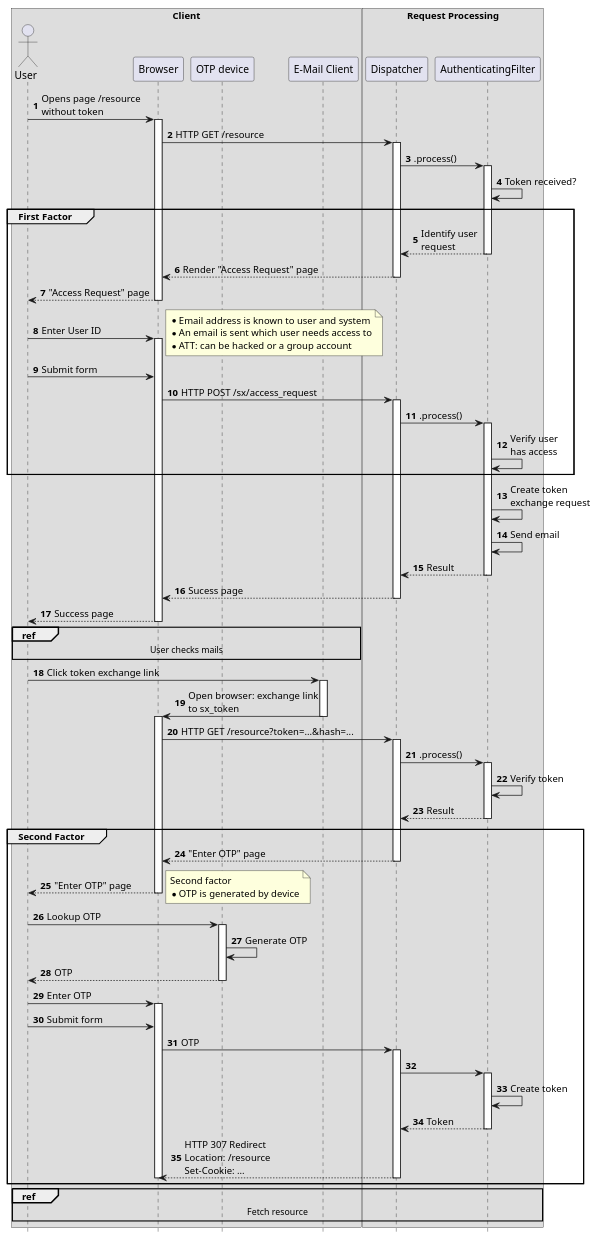
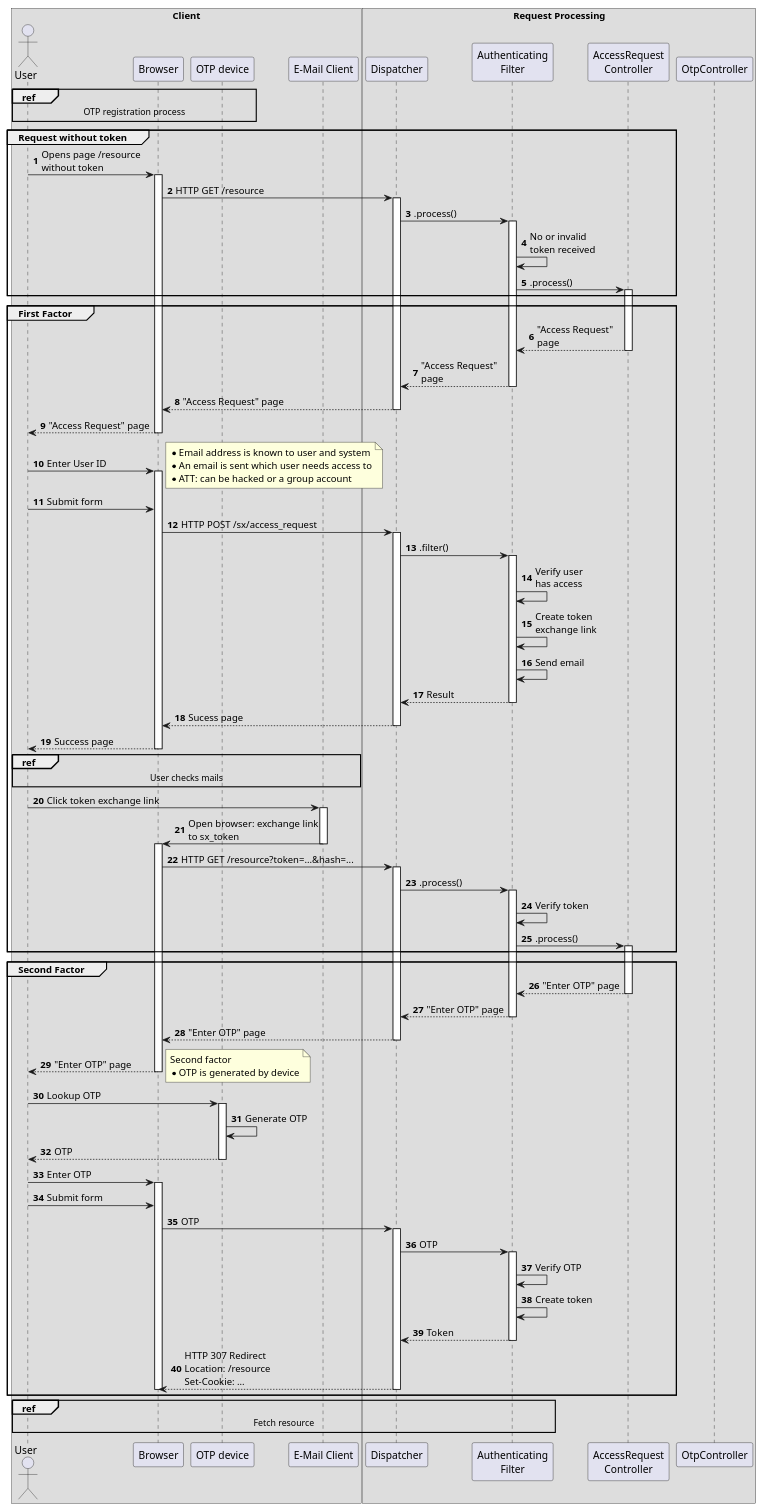
Before and after one commit to rbe/LittleWeb: the diagram in docs/Access_Request.puml, drawn with PlantUML. The commit also changed 36 other files, not shown here.

```diff
--- a/docs/Access_Request.puml
+++ b/docs/Access_Request.puml
@@ -1,70 +1,80 @@
 @startuml
 
 autonumber
-hide footbox
+'hide footbox
 
 box Client
 actor "User" as User
 participant "Browser" as Browser
 participant "OTP device" as OtpDevice
 participant "E-Mail Client" as EmailClient
 end box
 box Request Processing
 participant "Dispatcher" as Dispatcher
-participant "AuthenticatingFilter" as AuthFilter
+participant "Authenticating\nFilter" as AuthFilter
+participant "AccessRequest\nController" as AccessRequestController
+participant "OtpController" as OtpController
 end box
 
-User -> Browser ++ : Opens page /resource\nwithout token
-Browser -> Dispatcher ++ : HTTP GET /resource
-Dispatcher -> AuthFilter ++ : .process()
-AuthFilter -> AuthFilter : Token received?
+ref over User, OtpDevice : OTP registration process
+group Request without token
+    User -> Browser ++ : Opens page /resource\nwithout token
+    Browser -> Dispatcher ++ : HTTP GET /resource
+    Dispatcher -> AuthFilter ++ : .process()
+    AuthFilter -> AuthFilter : No or invalid\ntoken received
+    AuthFilter -> AccessRequestController ++ : .process()
+end group
 group First Factor
-    Dispatcher <-- AuthFilter -- : Identify user\nrequest
-    Browser <-- Dispatcher -- : Render "Access Request" page
+    AuthFilter <-- AccessRequestController -- : "Access Request"\npage
+    Dispatcher <-- AuthFilter -- : "Access Request"\npage
+    Browser <-- Dispatcher -- : "Access Request" page
     User <-- Browser -- : "Access Request" page
     User -> Browser ++ : Enter User ID
     note right
     * Email address is known to user and system
     * An email is sent which user needs access to
     * ATT: can be hacked or a group account
     end note
     User -> Browser : Submit form
     Browser -> Dispatcher ++ : HTTP POST /sx/access_request
+    Dispatcher -> AuthFilter ++ : .filter()
+    AuthFilter -> AuthFilter : Verify user\nhas access
+    AuthFilter -> AuthFilter : Create token\nexchange link
+    AuthFilter -> AuthFilter : Send email
+    Dispatcher <-- AuthFilter -- : Result
+    Browser <-- Dispatcher -- : Sucess page
+    User <-- Browser -- : Success page
+    ref over User, EmailClient : User checks mails
+    User -> EmailClient ++ : Click token exchange link
+    EmailClient -> Browser -- : Open browser: exchange link\nto sx_token
+    Browser ++
+    Browser -> Dispatcher ++ : HTTP GET /resource?token=...&hash=...
     Dispatcher -> AuthFilter ++ : .process()
-    AuthFilter -> AuthFilter : Verify user\nhas access
+    AuthFilter -> AuthFilter : Verify token
+    AuthFilter -> AccessRequestController ++ : .process()
 end group
-AuthFilter -> AuthFilter : Create token\nexchange request
-AuthFilter -> AuthFilter : Send email
-Dispatcher <-- AuthFilter -- : Result
-Browser <-- Dispatcher -- : Sucess page
-User <-- Browser -- : Success page
-ref over User, EmailClient : User checks mails
-User -> EmailClient ++ : Click token exchange link
-EmailClient -> Browser -- : Open browser: exchange link\nto sx_token
-Browser ++
-Browser -> Dispatcher ++ : HTTP GET /resource?token=...&hash=...
-Dispatcher -> AuthFilter ++ : .process()
-AuthFilter -> AuthFilter : Verify token
-Dispatcher <-- AuthFilter -- : Result
 group Second Factor
+    AuthFilter <-- AccessRequestController -- : "Enter OTP" page
+    Dispatcher <-- AuthFilter -- : "Enter OTP" page
     Browser <-- Dispatcher -- : "Enter OTP" page
     User <-- Browser -- : "Enter OTP" page
     note right
     Second factor
     * OTP is generated by device
     end note
     User -> OtpDevice ++ : Lookup OTP
     OtpDevice -> OtpDevice : Generate OTP
     User <-- OtpDevice -- : OTP
     User -> Browser ++ : Enter OTP
     User -> Browser : Submit form
     Browser -> Dispatcher ++ : OTP
-    Dispatcher -> AuthFilter ++
+    Dispatcher -> AuthFilter ++ : OTP
+    AuthFilter -> AuthFilter : Verify OTP
     AuthFilter -> AuthFilter : Create token
     Dispatcher <-- AuthFilter -- : Token
     Browser <-- Dispatcher -- : HTTP 307 Redirect\nLocation: /resource\nSet-Cookie: ...
     Browser --
 end group
 ref over User, AuthFilter : Fetch resource
 
 @enduml
```
